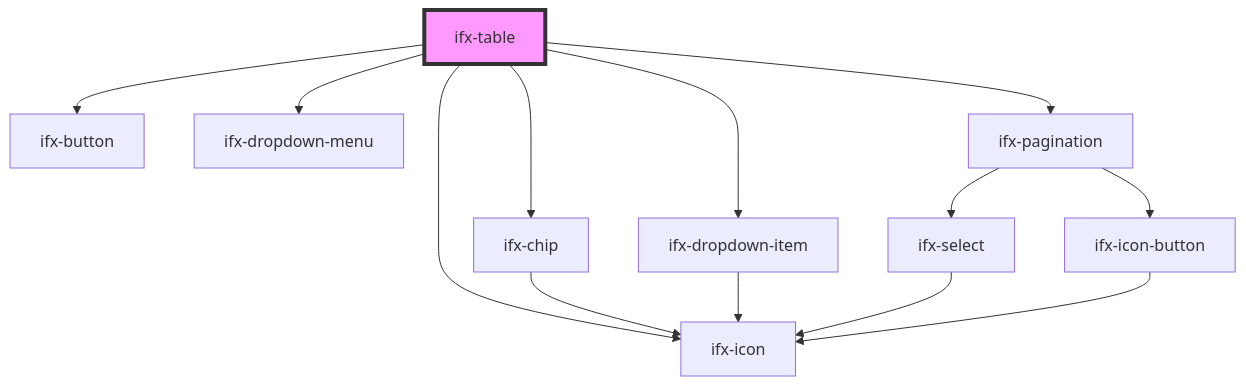
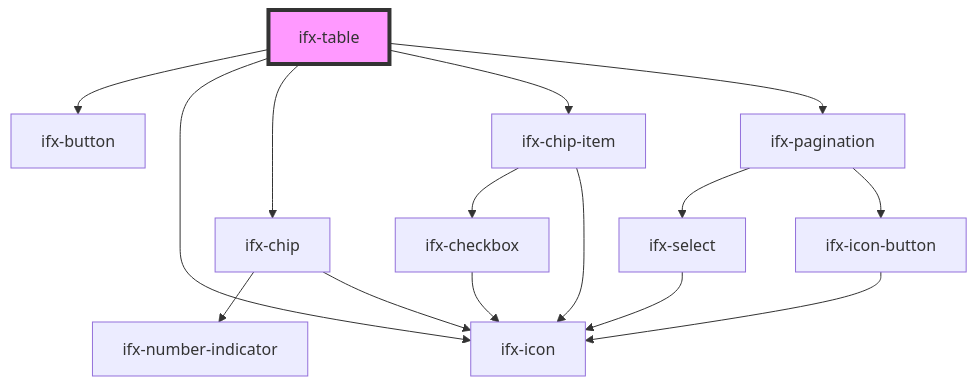
One commit to Infineon/infineon-design-system-stencil changed the diagram in packages/components/src/components/table-advanced-version/readme.md. Above: the diagram before and after it, drawn with Mermaid. The commit also changed other lines of this file and 18 other files, not shown here.

````diff
--- a/packages/components/src/components/table-advanced-version/readme.md
+++ b/packages/components/src/components/table-advanced-version/readme.md
@@ -47,16 +46,18 @@
 ```mermaid
 graph TD;
   ifx-table --> ifx-button
   ifx-table --> ifx-icon
   ifx-table --> ifx-chip
-  ifx-table --> ifx-dropdown-menu
-  ifx-table --> ifx-dropdown-item
+  ifx-table --> ifx-chip-item
   ifx-table --> ifx-pagination
+  ifx-chip --> ifx-number-indicator
   ifx-chip --> ifx-icon
-  ifx-dropdown-item --> ifx-icon
+  ifx-chip-item --> ifx-checkbox
+  ifx-chip-item --> ifx-icon
+  ifx-checkbox --> ifx-icon
   ifx-pagination --> ifx-select
   ifx-pagination --> ifx-icon-button
   ifx-select --> ifx-icon
   ifx-icon-button --> ifx-icon
   style ifx-table fill:#f9f,stroke:#333,stroke-width:4px
 ```
````
